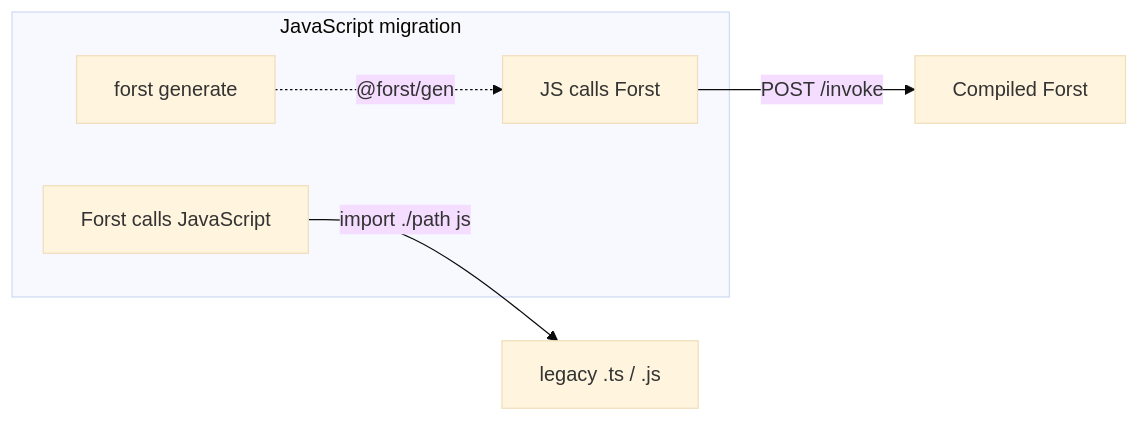
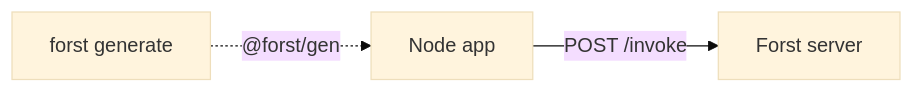
Before and after one commit to forst-lang/forst: the diagram in docs/interop/invoke.mdx, drawn with Mermaid (base theme). The commit also changed 42 other files, not shown here.

````diff
--- a/docs/interop/invoke.mdx
+++ b/docs/interop/invoke.mdx
@@ -21,12 +21,9 @@
 ```mermaid
 flowchart LR
-  subgraph nodePath [JavaScript migration]
-    GenTypes["forst generate"]
-    NodeToForst["JS calls Forst"]
-    ForstToJS["Forst calls JavaScript"]
-  end
+  GenTypes["forst generate"]
+  NodeApp["Node app"]
+  ForstServer["Forst server"]
 
-  GenTypes -.->|"@forst/gen"| NodeToForst
-  NodeToForst -->|"POST /invoke"| ForstBinary[Compiled Forst]
-  ForstToJS -->|"import ./path js"| LegacyJS["legacy .ts / .js"]
+  GenTypes -.->|"@forst/gen"| NodeApp
+  NodeApp -->|"POST /invoke"| ForstServer
 ```
````
